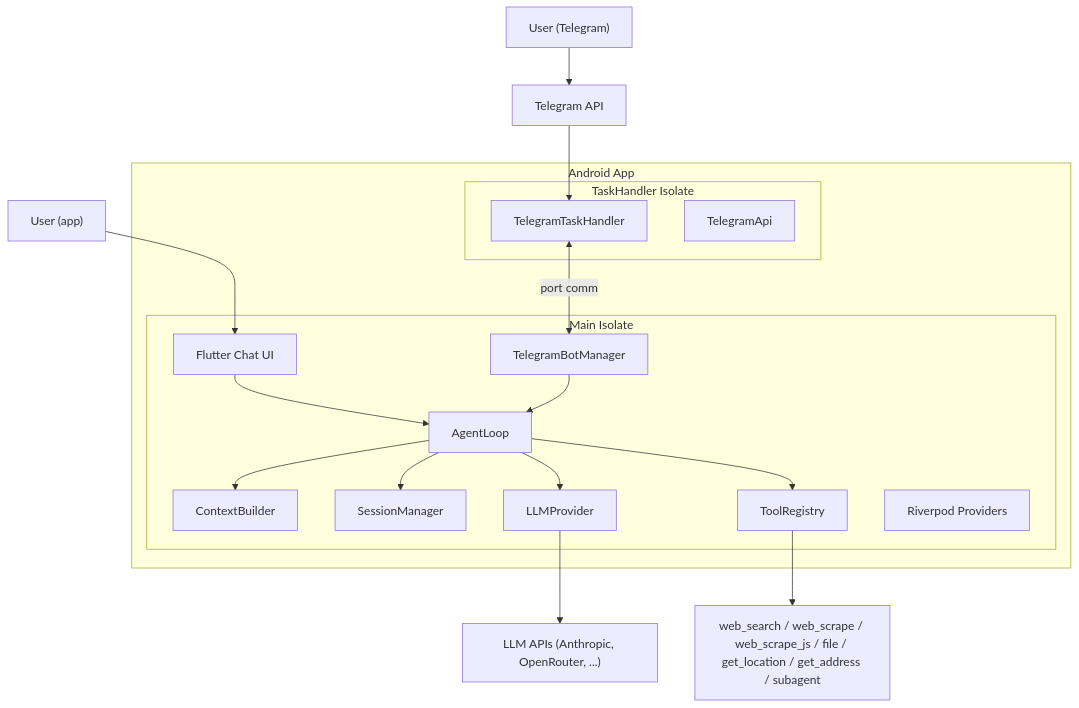
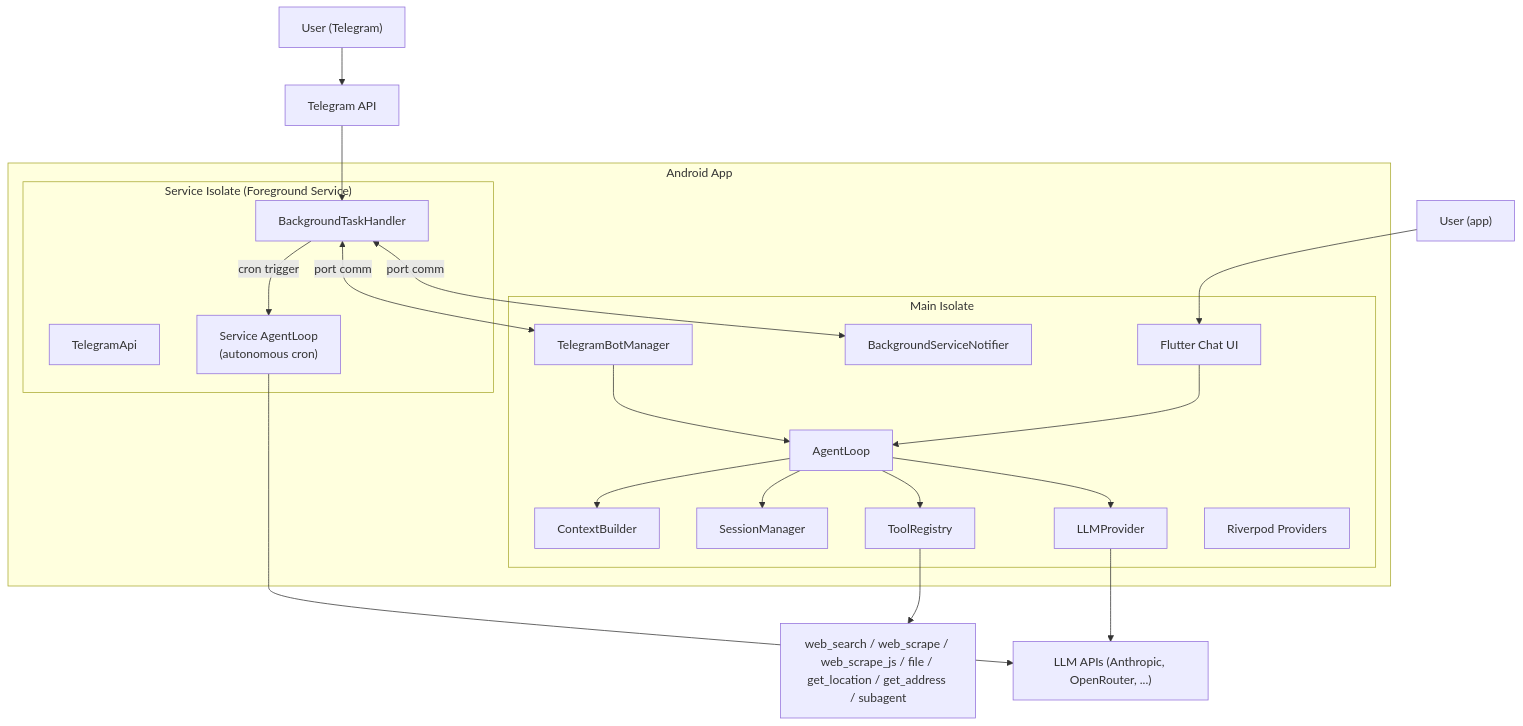
One commit to dgirard/droidclaw changed the first of 3 diagrams in README.md. Above: the diagram before and after it, drawn with Mermaid. The commit also changed other lines of this file, not shown here.

First line of the commit message:
docs: update README with decoupled architecture and autonomous cron

````diff
--- a/README.md
+++ b/README.md
@@ -56,32 +57,37 @@
 ```mermaid
 graph TB
     subgraph "Android App"
         subgraph "Main Isolate"
             UI["Flutter Chat UI"]
             TM["TelegramBotManager"]
+            BG["BackgroundServiceNotifier"]
             AL["AgentLoop"]
             CB["ContextBuilder"]
             SM["SessionManager"]
             TR["ToolRegistry"]
             LP["LLMProvider"]
             RP["Riverpod Providers"]
         end
-        subgraph "TaskHandler Isolate"
-            TH["TelegramTaskHandler"]
+        subgraph "Service Isolate (Foreground Service)"
+            BTH["BackgroundTaskHandler"]
             TA["TelegramApi"]
+            SAL["Service AgentLoop\n(autonomous cron)"]
         end
     end
 
     User1["User (app)"] --> UI
     User2["User (Telegram)"] --> TG["Telegram API"]
-    TG --> TH
-    TH <-->|"port comm"| TM
+    TG --> BTH
+    BTH <-->|"port comm"| BG
+    BTH <-->|"port comm"| TM
+    BTH -->|"cron trigger"| SAL
     UI --> AL
     TM --> AL
     AL --> LP
     AL --> TR
     AL --> SM
     AL --> CB
+    SAL --> LLM
     LP --> LLM["LLM APIs (Anthropic, OpenRouter, ...)"]
     TR --> Tools["web_search / web_scrape / web_scrape_js / file / get_location / get_address / subagent"]
 ```
````
